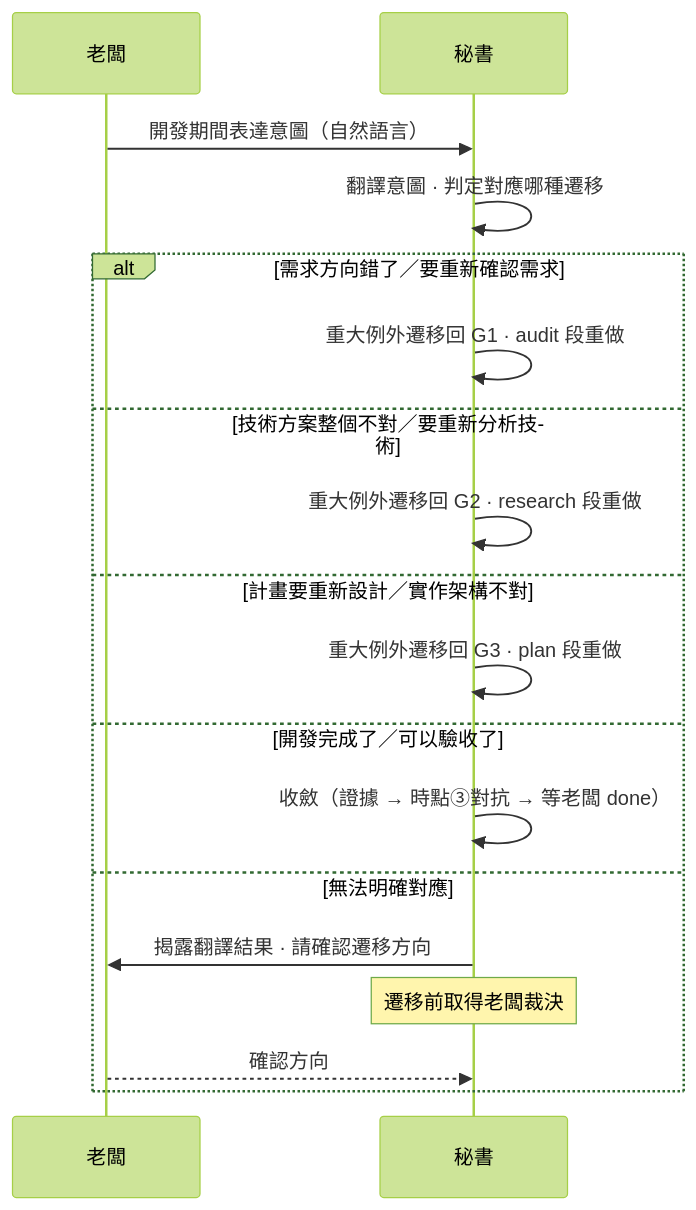
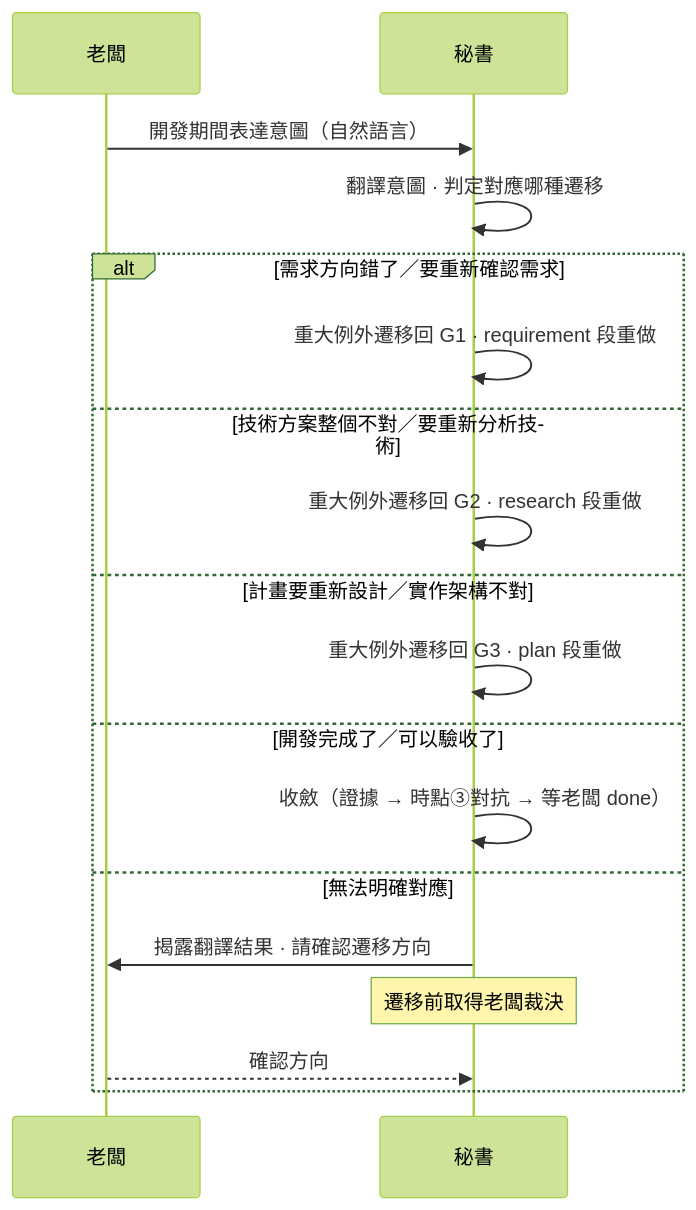
The third of 8 diagrams in skills/shiftblame/SKILL.md (teps3105/shiftblame), drawn with Mermaid (forest theme) before and after one commit. The commit also changed other lines of this file and 25 other files, not shown here.

````diff
--- a/skills/shiftblame/SKILL.md
+++ b/skills/shiftblame/SKILL.md
@@ -104,22 +104,22 @@
    ```mermaid
    sequenceDiagram
         participant B as 老闆
         participant SEC as 秘書
 
         B->>SEC: 開發期間表達意圖（自然語言）
         SEC->>SEC: 翻譯意圖 · 判定對應哪種遷移
 
         alt 需求方向錯了／要重新確認需求
-            SEC->>SEC: 重大例外遷移回 G1 · audit 段重做
+            SEC->>SEC: 重大例外遷移回 G1 · requirement 段重做
         else 技術方案整個不對／要重新分析技術
             SEC->>SEC: 重大例外遷移回 G2 · research 段重做
         else 計畫要重新設計／實作架構不對
             SEC->>SEC: 重大例外遷移回 G3 · plan 段重做
         else 開發完成了／可以驗收了
             SEC->>SEC: 收斂（證據 → 時點③對抗 → 等老闆 done）
         else 無法明確對應
             SEC->>B: 揭露翻譯結果 · 請確認遷移方向
             Note over SEC: 遷移前取得老闆裁決
             B-->>SEC: 確認方向
         end
    ```
````
